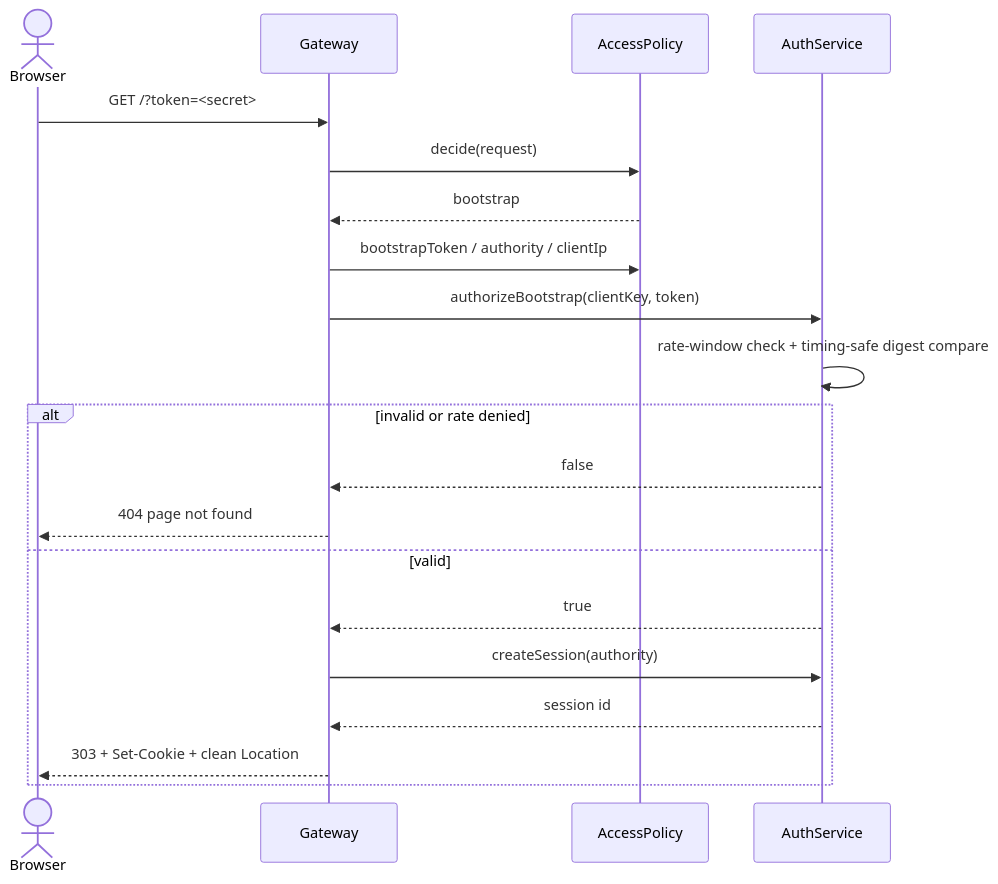
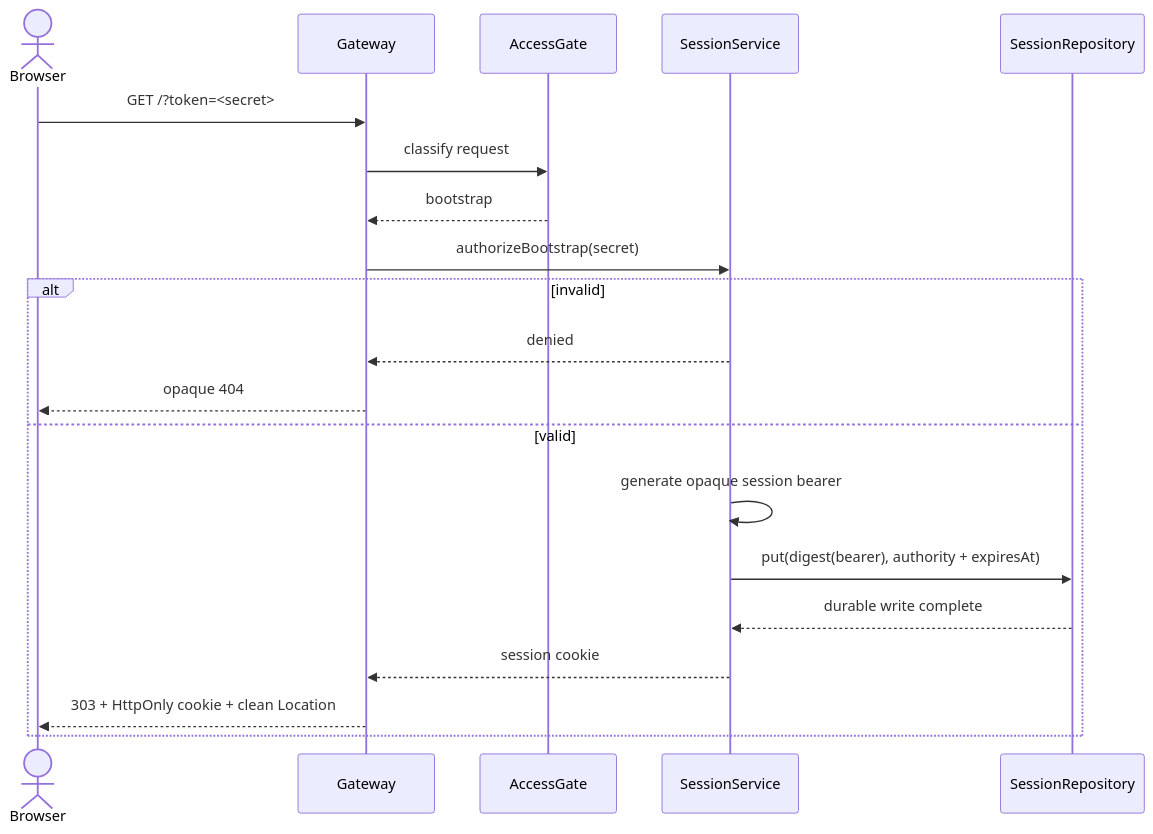
The sixth of 9 diagrams in spec/architecture.md (Ri0n72Y/dsh-token-gate), drawn with Mermaid before and after one commit. The commit also changed other lines of this file, not shown here.

Commit message:
docs: redesign architecture from product requirements

````diff
--- a/spec/architecture.md
+++ b/spec/architecture.md
@@ -196,23 +235,23 @@
 ```mermaid
 sequenceDiagram
     actor B as Browser
     participant G as Gateway
-    participant A as AccessPolicy
-    participant S as AuthService
+    participant A as AccessGate
+    participant S as SessionService
+    participant R as SessionRepository
 
     B->>G: GET /?token=<secret>
-    G->>A: decide(request)
+    G->>A: classify request
     A-->>G: bootstrap
-    G->>A: bootstrapToken / authority / clientIp
-    G->>S: authorizeBootstrap(clientKey, token)
-    S->>S: rate-window check + timing-safe digest compare
-    alt invalid or rate denied
-        S-->>G: false
-        G-->>B: 404 page not found
+    G->>S: authorizeBootstrap(secret)
+    alt invalid
+        S-->>G: denied
+        G-->>B: opaque 404
     else valid
-        S-->>G: true
-        G->>S: createSession(authority)
-        S-->>G: session id
-        G-->>B: 303 + Set-Cookie + clean Location
+        S->>S: generate opaque session bearer
+        S->>R: put(digest(bearer), authority + expiresAt)
+        R-->>S: durable write complete
+        S-->>G: session cookie
+        G-->>B: 303 + HttpOnly cookie + clean Location
     end
 ```
````
